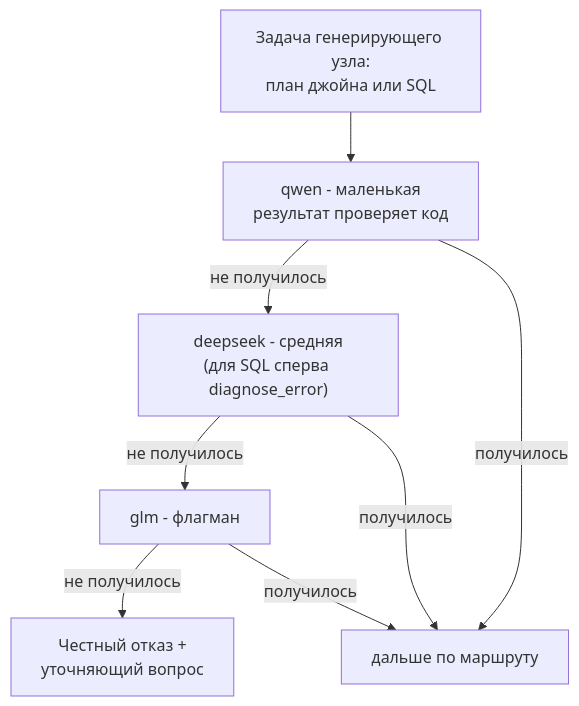
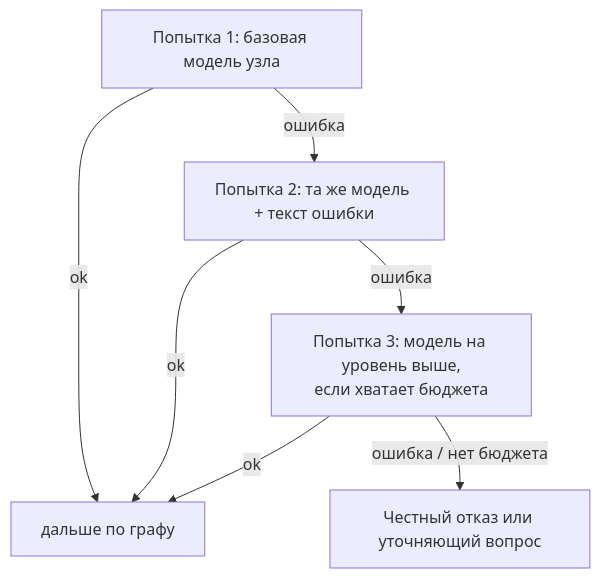
Before and after one commit to BinarySimple17/ai-agents: the second of 2 diagrams in hw-01/README.md, drawn with Mermaid. The commit also changed other lines of this file, not shown here.

````diff
--- a/hw-01/README.md
+++ b/hw-01/README.md
@@ -310,10 +360,9 @@
 ```mermaid
 flowchart TD
-    T["Задача генерирующего узла:<br>план джойна или SQL"] --> Q["qwen - маленькая<br>результат проверяет код"]
-    Q -->|"не получилось"| D["deepseek - средняя<br>(для SQL сперва diagnose_error)"]
-    D -->|"не получилось"| G["glm - флагман"]
-    G -->|"не получилось"| S["Честный отказ +<br>уточняющий вопрос"]
-    Q -->|"получилось"| OK["дальше по маршруту"]
-    D -->|"получилось"| OK
-    G -->|"получилось"| OK
+    T["Попытка 1: базовая модель узла"] -->|ok| OK["дальше по графу"]
+    T -->|"ошибка"| R1["Попытка 2: та же модель + текст ошибки"]
+    R1 -->|ok| OK
+    R1 -->|"ошибка"| R2["Попытка 3: модель на уровень выше,<br>если хватает бюджета"]
+    R2 -->|ok| OK
+    R2 -->|"ошибка / нет бюджета"| S["Честный отказ или уточняющий вопрос"]
 ```
````
